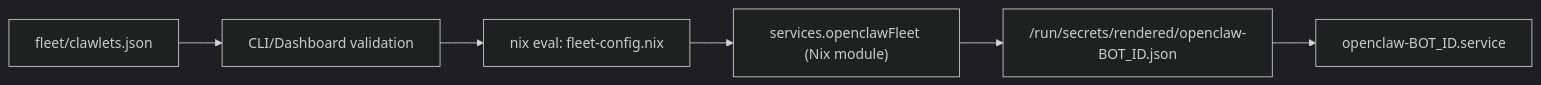
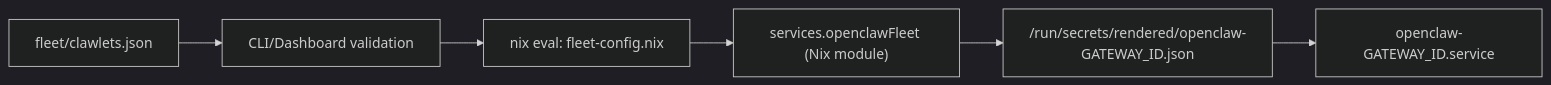
Before and after one commit to regenrek/clawlets: the diagram in apps/docs/content/docs/configuration/typed-surfaces.mdx, drawn with Mermaid (dark theme). The commit also changed other lines of this file and 32 other files, not shown here.

````diff
--- a/apps/docs/content/docs/configuration/typed-surfaces.mdx
+++ b/apps/docs/content/docs/configuration/typed-surfaces.mdx
@@ -64,8 +64,8 @@
 ```mermaid
 flowchart LR
   A["fleet/clawlets.json"] --> B["CLI/Dashboard validation"]
   B --> C["nix eval: fleet-config.nix"]
   C --> D["services.openclawFleet (Nix module)"]
-  D --> E["/run/secrets/rendered/openclaw-BOT_ID.json"]
-  E --> F["openclaw-BOT_ID.service"]
+  D --> E["/run/secrets/rendered/openclaw-GATEWAY_ID.json"]
+  E --> F["openclaw-GATEWAY_ID.service"]
 ```
````
